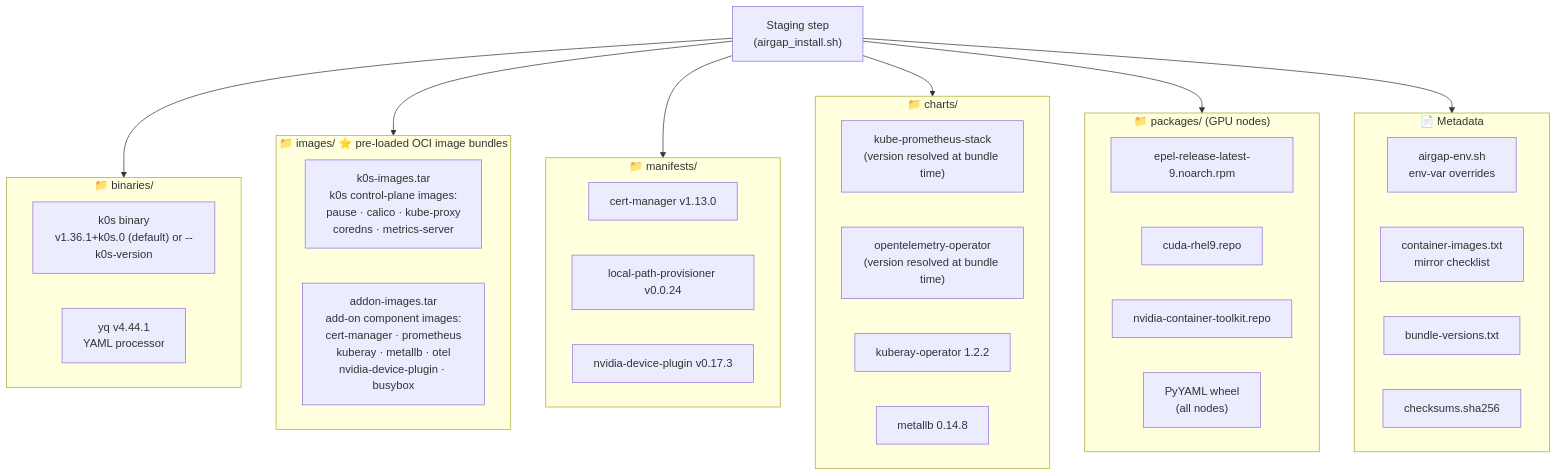
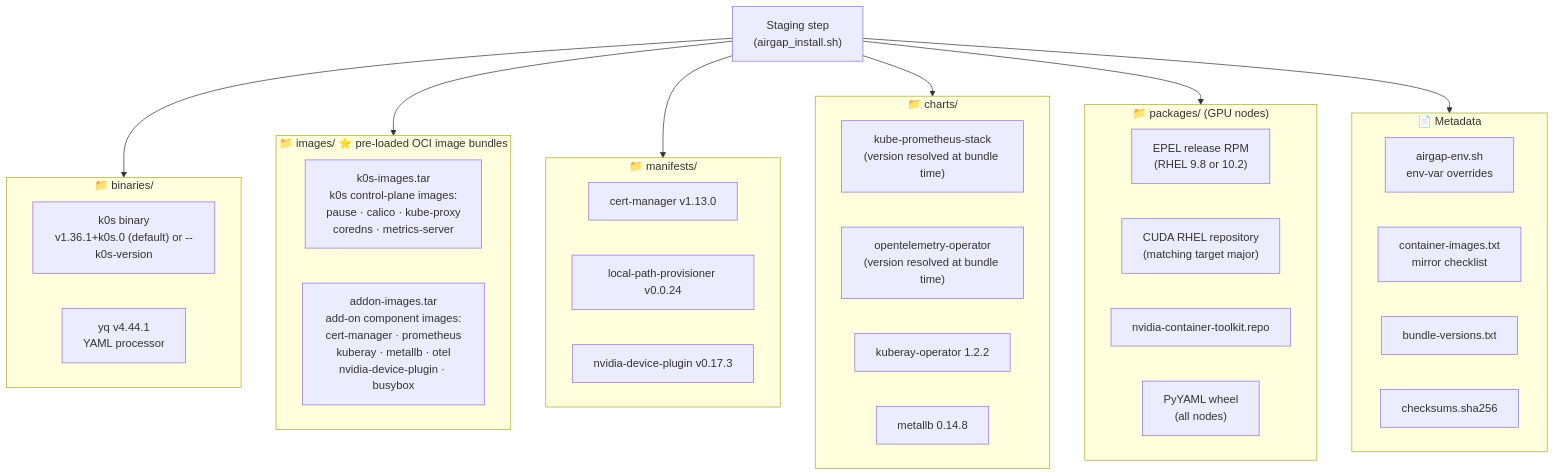
One commit to splunk/splunk-ai-operator changed the sixth of 11 diagrams in tools/cluster_setup/DEPLOYMENT_GUIDE.md. Above: the diagram before and after it, drawn with Mermaid. The commit also changed other lines of this file and 3 other files, not shown here.

````diff
--- a/tools/cluster_setup/DEPLOYMENT_GUIDE.md
+++ b/tools/cluster_setup/DEPLOYMENT_GUIDE.md
@@ -562,43 +587,43 @@
 ```mermaid
 graph TD
     SCRIPT["Staging step\n(airgap_install.sh)"]
 
     subgraph BIN["📁 binaries/"]
         K0S["k0s binary\nv1.36.1+k0s.0 (default) or --k0s-version"]
         YQ["yq v4.44.1\nYAML processor"]
     end
 
     subgraph IMG["📁 images/  ⭐ pre-loaded OCI image bundles"]
         K0SIMG["k0s-images.tar\nk0s control-plane images:\npause · calico · kube-proxy\ncoredns · metrics-server"]
         ADDIMG["addon-images.tar\nadd-on component images:\ncert-manager · prometheus\nkuberay · metallb · otel\nnvidia-device-plugin · busybox"]
     end
 
     subgraph MAN["📁 manifests/"]
         CERT["cert-manager v1.13.0"]
         LP["local-path-provisioner v0.0.24"]
         NDP["nvidia-device-plugin v0.17.3"]
     end
 
     subgraph CHARTS["📁 charts/"]
         PROM["kube-prometheus-stack\n(version resolved at bundle time)"]
         OTEL["opentelemetry-operator\n(version resolved at bundle time)"]
         KUBERAY["kuberay-operator 1.2.2"]
         METALLB["metallb 0.14.8"]
     end
 
     subgraph PKGS["📁 packages/  (GPU nodes)"]
-        EPEL["epel-release-latest-9.noarch.rpm"]
-        CUDA["cuda-rhel9.repo"]
+        EPEL["EPEL release RPM\n(RHEL 9.8 or 10.2)"]
+        CUDA["CUDA RHEL repository\n(matching target major)"]
         CTK["nvidia-container-toolkit.repo"]
         PYYAML["PyYAML wheel\n(all nodes)"]
     end
 
     subgraph META["📄 Metadata"]
         ENV["airgap-env.sh\nenv-var overrides"]
         IMGS["container-images.txt\nmirror checklist"]
         VERS["bundle-versions.txt"]
         SUMS["checksums.sha256"]
     end
 
     SCRIPT --> BIN & IMG & MAN & CHARTS & PKGS & META
 ```
````
